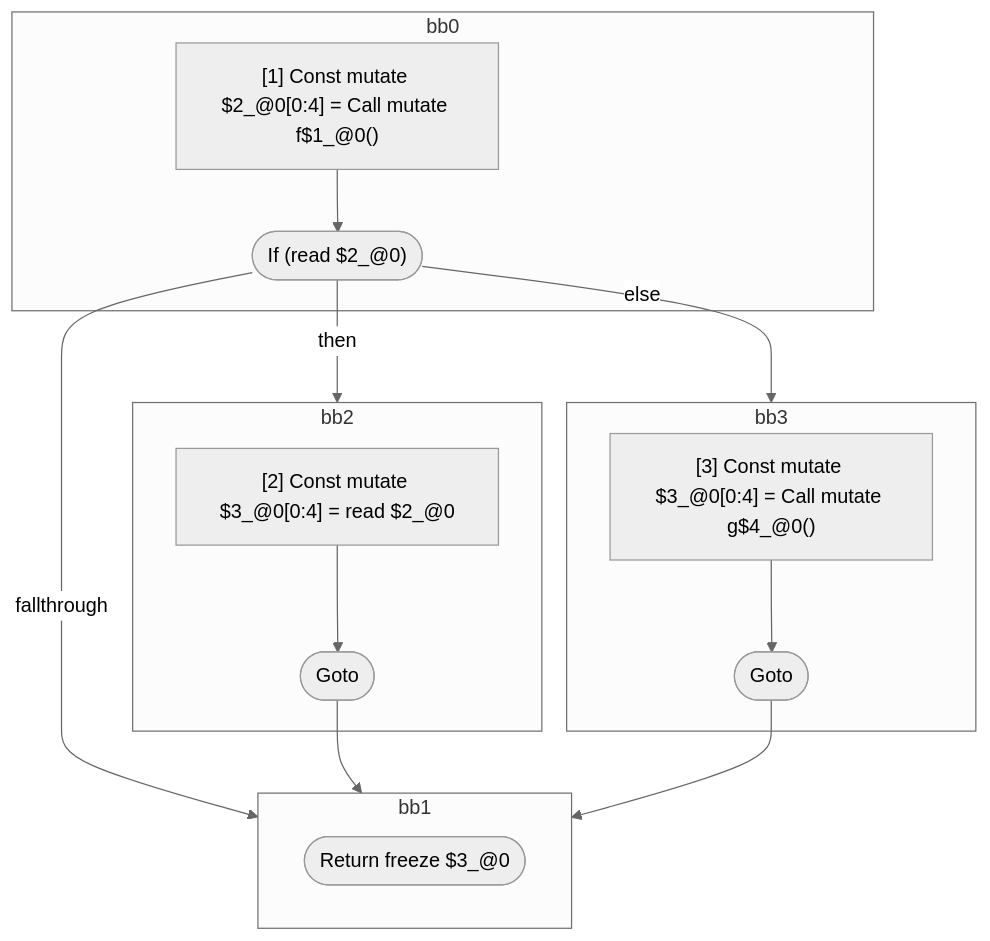
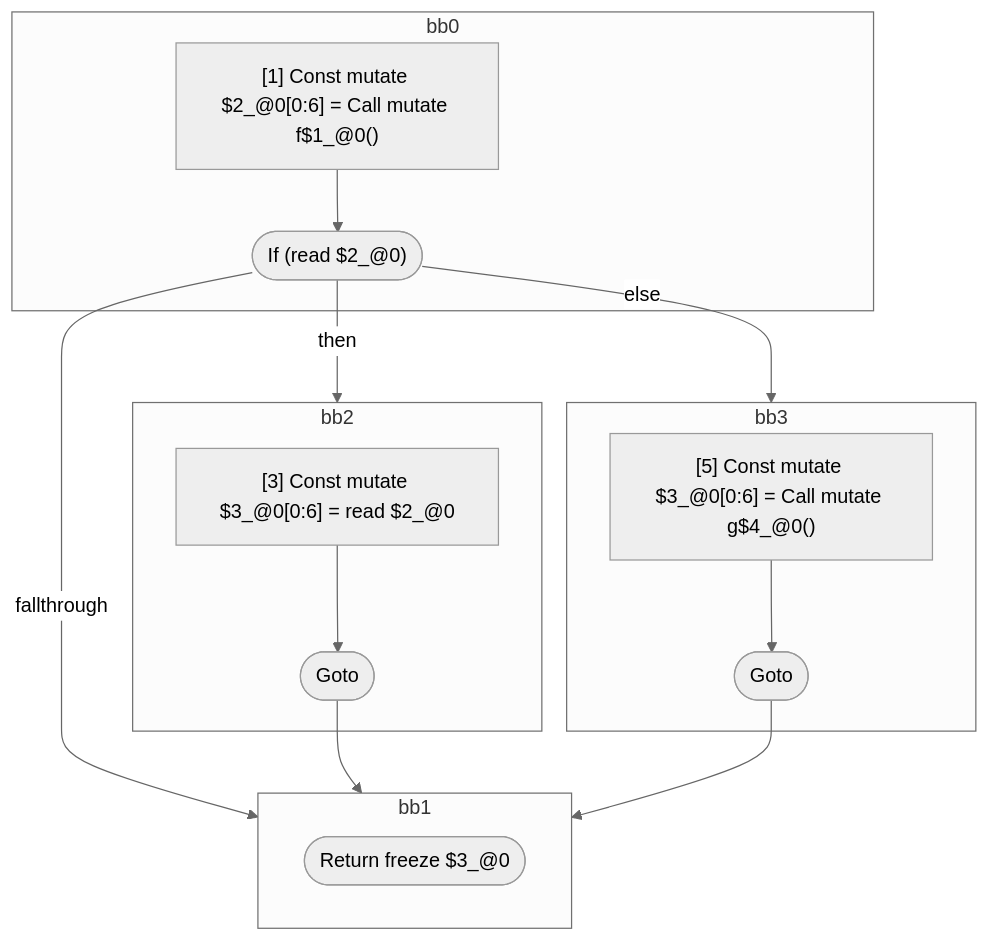
Before and after one commit to wutsmog/private: the second of 5 diagrams in compiler/forget/src/__tests__/fixtures/hir/logical-expression.expect.md, drawn with Mermaid (neutral theme). The commit also changed other lines of this file and 61 other files, not shown here.

````diff
--- a/compiler/forget/src/__tests__/fixtures/hir/logical-expression.expect.md
+++ b/compiler/forget/src/__tests__/fixtures/hir/logical-expression.expect.md
@@ -109,33 +109,33 @@
 ```mermaid
 flowchart TB
   %% Basic Blocks
   subgraph bb0
     bb0_instrs["
-      [1] Const mutate $2_@0[0:4] = Call mutate f$1_@0()
+      [1] Const mutate $2_@0[0:6] = Call mutate f$1_@0()
     "]
     bb0_instrs --> bb0_terminal(["If (read $2_@0)"])
   end
   subgraph bb2
     bb2_instrs["
-      [2] Const mutate $3_@0[0:4] = read $2_@0
+      [3] Const mutate $3_@0[0:6] = read $2_@0
     "]
     bb2_instrs --> bb2_terminal(["Goto"])
   end
   subgraph bb3
     bb3_instrs["
-      [3] Const mutate $3_@0[0:4] = Call mutate g$4_@0()
+      [5] Const mutate $3_@0[0:6] = Call mutate g$4_@0()
     "]
     bb3_instrs --> bb3_terminal(["Goto"])
   end
   subgraph bb1
     bb1_terminal(["Return freeze $3_@0"])
   end
 
   %% Jumps
   bb0_terminal -- "then" --> bb2
   bb0_terminal -- "else" --> bb3
   bb0_terminal -- "fallthrough" --> bb1
   bb2_terminal --> bb1
   bb3_terminal --> bb1
 
 ```
````
